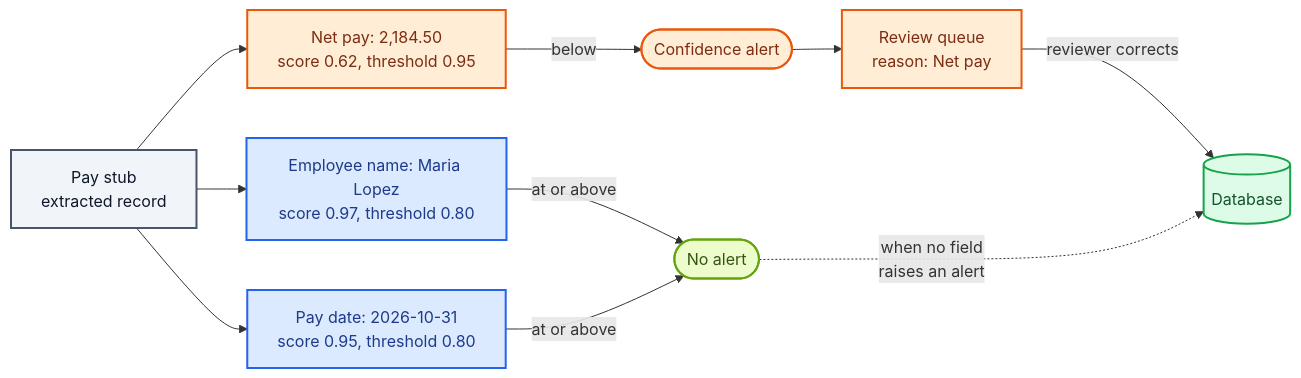
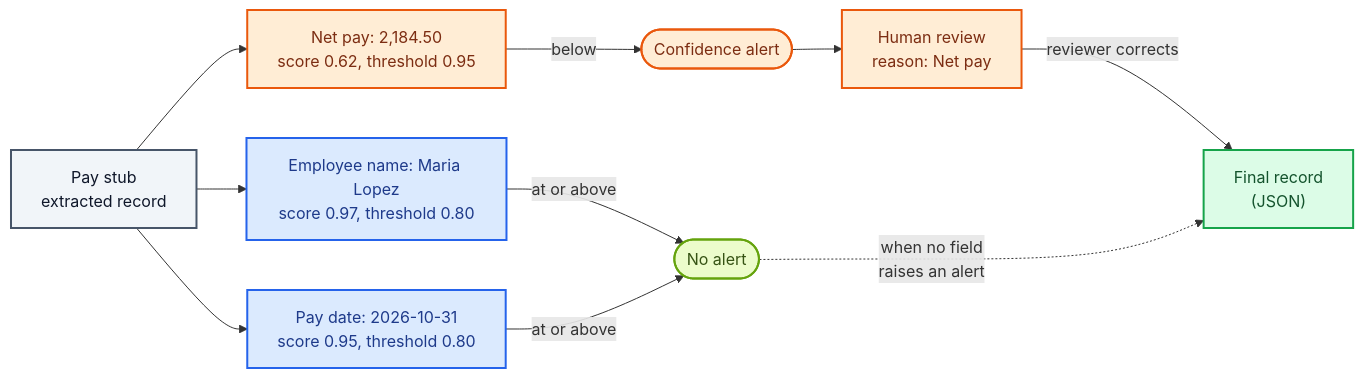
Before and after one commit to aws-solutions-library-samples/accelerated-intelligent-document-processing-on-aws: the first of 2 diagrams in docs/idp-fundamentals/confidence-assessment.md, drawn with Mermaid. The commit also changed other lines of this file and 14 other files, not shown here.

````diff
--- a/docs/idp-fundamentals/confidence-assessment.md
+++ b/docs/idp-fundamentals/confidence-assessment.md
@@ -28,23 +29,23 @@
 ```mermaid
 flowchart LR
     R["Pay stub<br/>extracted record"] --> F1["Employee name: Maria Lopez<br/>score 0.97, threshold 0.80"]
     R --> F2["Pay date: 2026-10-31<br/>score 0.95, threshold 0.80"]
     R --> F3["Net pay: 2,184.50<br/>score 0.62, threshold 0.95"]
     F1 -- "at or above" --> OK(["No alert"])
     F2 -- "at or above" --> OK
     F3 -- "below" --> AL(["Confidence alert"])
-    AL --> Q["Review queue<br/>reason: Net pay"]
-    Q -- "reviewer corrects" --> DB[("Database")]
+    AL --> Q["Human review<br/>reason: Net pay"]
+    Q -- "reviewer corrects" --> DB["Final record<br/>(JSON)"]
     OK -. "when no field<br/>raises an alert" .-> DB
 
     classDef file fill:#f1f5f9,stroke:#475569,color:#0f172a,stroke-width:2px
     classDef app fill:#dbeafe,stroke:#2563eb,color:#1e3a8a,stroke-width:2px
     classDef stubA fill:#dcfce7,stroke:#16a34a,color:#14532d,stroke-width:2px
     classDef stubB fill:#ecfccb,stroke:#65a30d,color:#365314,stroke-width:2px
     classDef bank fill:#ffedd5,stroke:#ea580c,color:#7c2d12,stroke-width:2px
     class R file
     class F1,F2 app
     class F3,AL,Q bank
     class OK stubB
     class DB stubA
 ```
````
